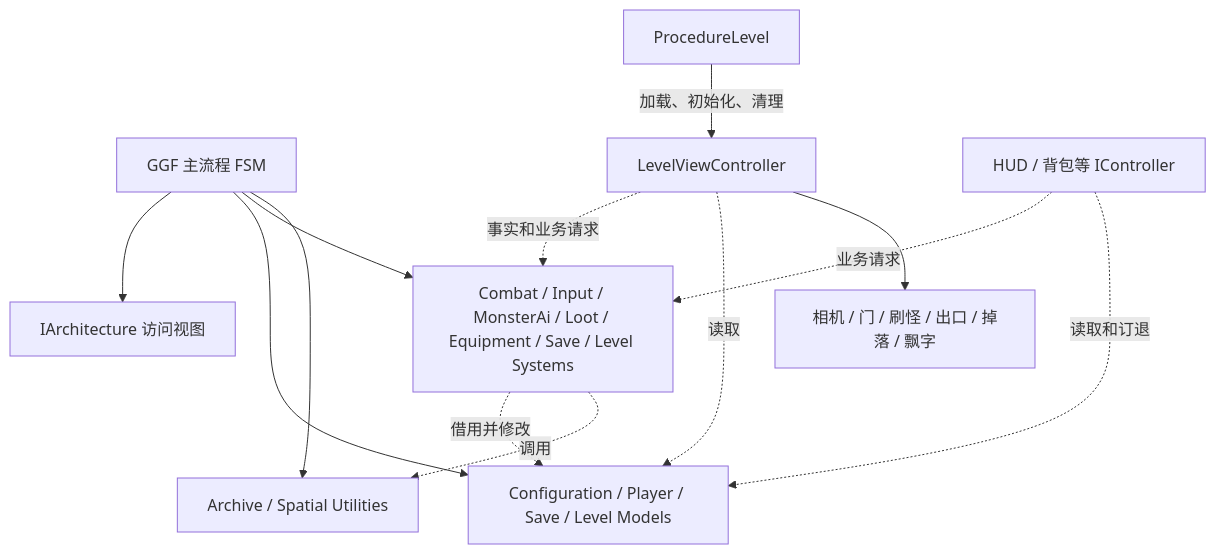
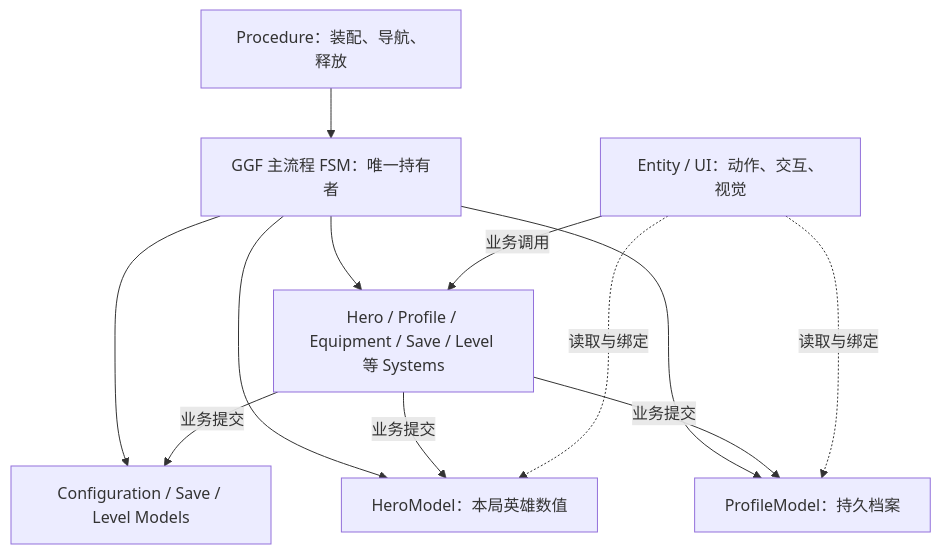
Before and after one commit to zheliku/GameZMXY: the diagram in Docs/ProjectTour.md, drawn with Mermaid. The commit also changed other lines of this file and 197 other files, not shown here.

Commit message:
feat(binding): 引入可绑定属性与集合并把档案和本局数值收敛为 Profile/Hero 模型。新增 BindableProperty、BindableList、BindableDictionary 与统一的整数 优先级回调。地面掉落改用单一矩形碰撞形状，去掉独立拾取区与阴影，按非透明底边贴地，拾取动画按物理游戏秒推进。

````diff
--- a/Docs/ProjectTour.md
+++ b/Docs/ProjectTour.md
@@ -55,15 +55,14 @@
 ```mermaid
 flowchart TD
-    FSM[GGF 主流程 FSM] --> Architecture[IArchitecture 访问视图]
-    FSM --> Models[Configuration / Player / Save / Level Models]
-    FSM --> Systems[Combat / Input / MonsterAi / Loot / Equipment / Save / Level Systems]
-    FSM --> Utilities[Archive / Spatial Utilities]
-    Systems -.借用并修改.-> Models
-    Systems -.调用.-> Utilities
-    Procedure[ProcedureLevel] -->|加载、初始化、清理| View[LevelViewController]
-    View -.事实和业务请求.-> Systems
-    View -.读取.-> Models
-    View --> Nodes[相机 / 门 / 刷怪 / 出口 / 掉落 / 飘字]
-    UI[HUD / 背包等 IController] -.业务请求.-> Systems
-    UI -.读取和订退.-> Models
+    Procedure[Procedure：装配、导航、释放] --> FSM[GGF 主流程 FSM：唯一持有者]
+    FSM --> Profile[ProfileModel：持久档案]
+    FSM --> Hero[HeroModel：本局英雄数值]
+    FSM --> Other[Configuration / Save / Level Models]
+    FSM --> Systems[Hero / Profile / Equipment / Save / Level 等 Systems]
+    Systems -->|业务提交| Profile
+    Systems -->|业务提交| Hero
+    Systems -->|业务提交| Other
+    UI[Entity / UI：动作、交互、视觉] -.读取与绑定.-> Profile
+    UI -.读取与绑定.-> Hero
+    UI -->|业务调用| Systems
 ```
````
